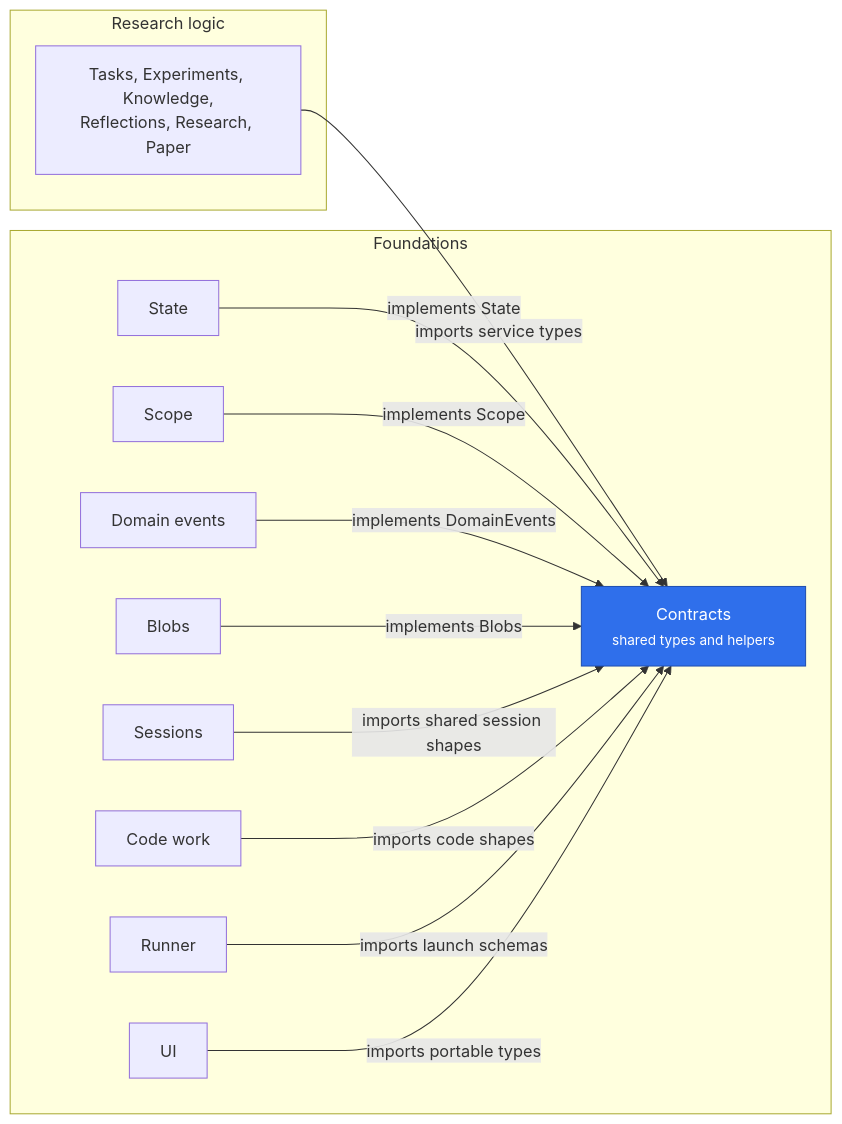
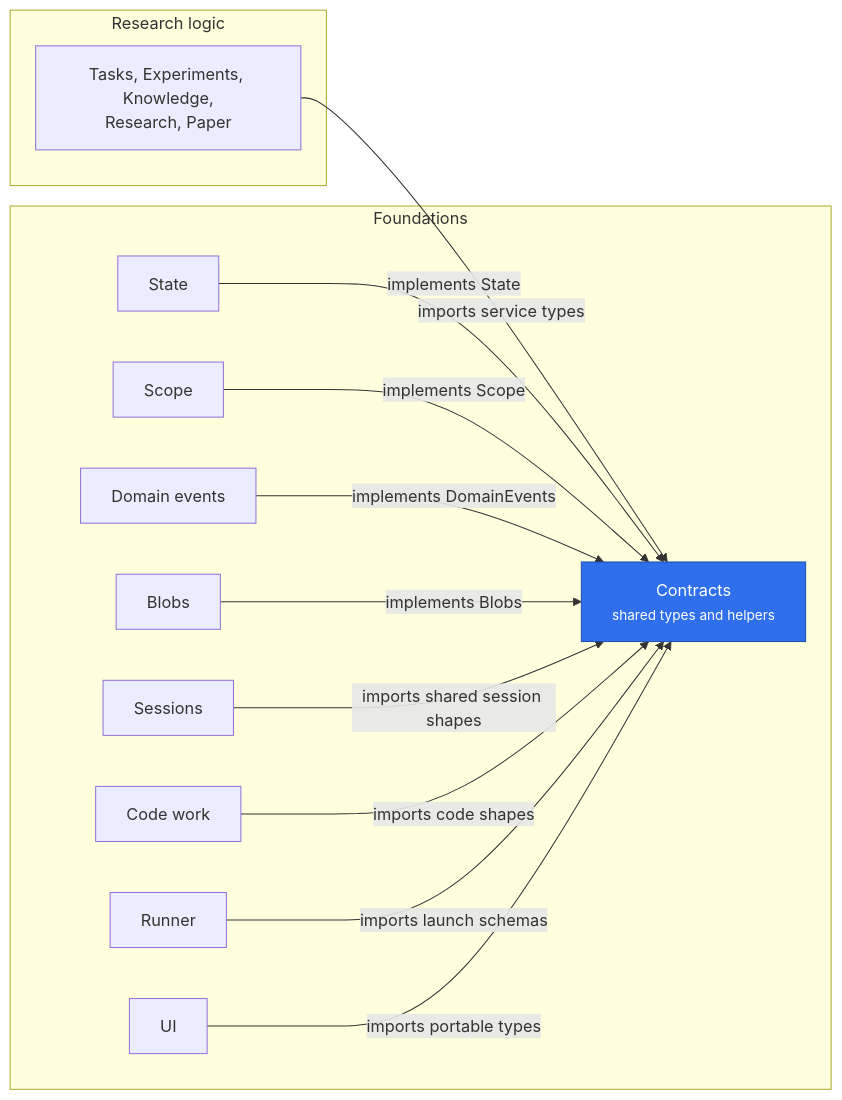
The diagram in merv-typescript/packages/contracts/README.md (rapidreview-io/Merv), drawn with Mermaid before and after one commit. The commit also changed 132 other files, not shown here.

````diff
--- a/merv-typescript/packages/contracts/README.md
+++ b/merv-typescript/packages/contracts/README.md
@@ -23,27 +23,27 @@
 ```mermaid
 flowchart LR
   subgraph foundationsLayer["Foundations"]
     contracts["Contracts<br/><small>shared types and helpers</small>"]:::self
     state["State"]
     scope["Scope"]
     domainEvents["Domain events"]
     blobs["Blobs"]
     sessions["Sessions"]
     codeWork["Code work"]
     runner["Runner"]
     ui["UI"]
   end
   subgraph researchLayer["Research logic"]
-    researchLogic["Tasks, Experiments, Knowledge,<br/>Reflections, Research, Paper"]
+    researchLogic["Tasks, Experiments, Knowledge,<br/>Research, Paper"]
   end
   state -- "implements State" --> contracts
   scope -- "implements Scope" --> contracts
   domainEvents -- "implements DomainEvents" --> contracts
   blobs -- "implements Blobs" --> contracts
   researchLogic -- "imports service types" --> contracts
   sessions -- "imports shared session shapes" --> contracts
   codeWork -- "imports code shapes" --> contracts
   runner -- "imports launch schemas" --> contracts
   ui -- "imports portable types" --> contracts
   classDef self fill:#2f6feb,color:#fff,stroke:#1f4fb0
 ```
````
